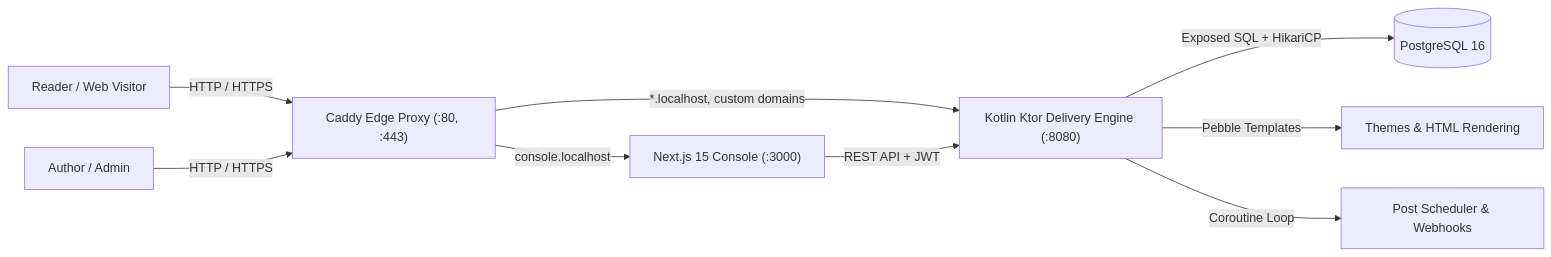
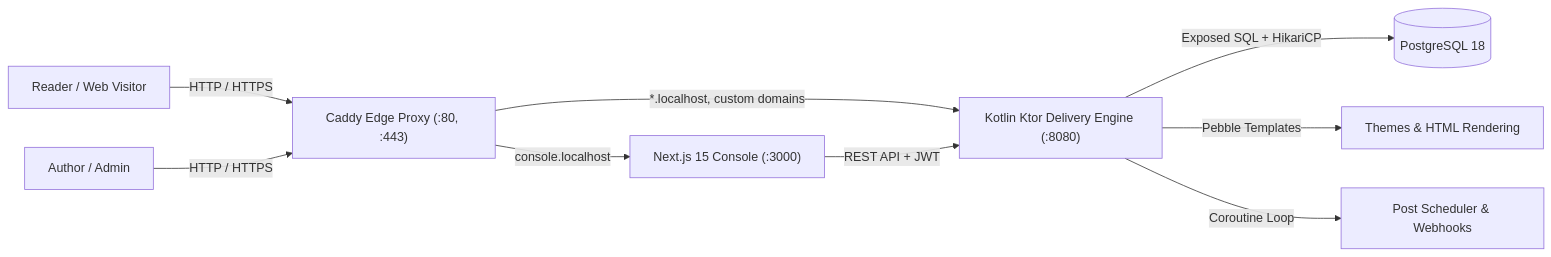
One commit to toptoppy/toplog changed the diagram in README.md. Above: the diagram before and after it, drawn with Mermaid. The commit also changed other lines of this file and 10 other files, not shown here.

Commit message:
chore: upgrade toolchain to PostgreSQL 18, Ktor 3.1, Kotlin 2.1, and Gradle 8.12

````diff
--- a/README.md
+++ b/README.md
@@ -41,13 +41,13 @@
 ```mermaid
 graph LR
     Visitor["Reader / Web Visitor"] -->|HTTP / HTTPS| Caddy["Caddy Edge Proxy (:80, :443)"]
     Admin["Author / Admin"] -->|HTTP / HTTPS| Caddy
 
     Caddy -->|console.localhost| Console["Next.js 15 Console (:3000)"]
     Caddy -->|*.localhost, custom domains| Backend["Kotlin Ktor Delivery Engine (:8080)"]
 
     Console -->|REST API + JWT| Backend
-    Backend -->|Exposed SQL + HikariCP| DB[("PostgreSQL 16")]
+    Backend -->|Exposed SQL + HikariCP| DB[("PostgreSQL 18")]
     Backend -->|Pebble Templates| Themes["Themes & HTML Rendering"]
     Backend -->|Coroutine Loop| Scheduler["Post Scheduler & Webhooks"]
 ```
````
